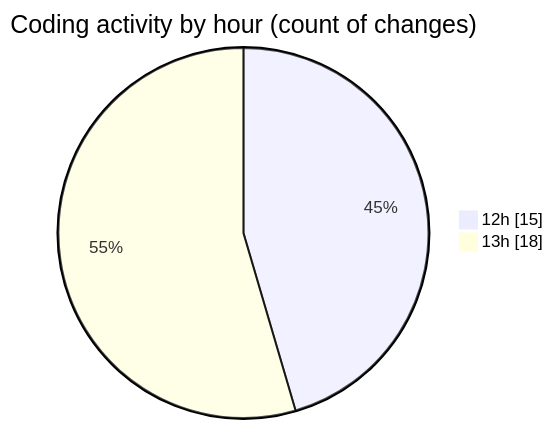
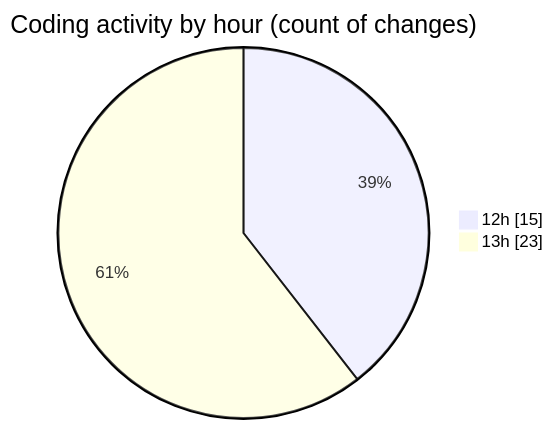
The second of 2 diagrams in 2025-03-27/wordle/README.md (donsfak/code-tracking), drawn with Mermaid before and after one commit. The commit also changed other lines of this file and 1 other file, not shown here.

````diff
--- a/2025-03-27/wordle/README.md
+++ b/2025-03-27/wordle/README.md
@@ -37,6 +38,6 @@
 ```mermaid
 pie showData
 title Coding activity by hour (count of changes)
 "12h" : 15
-"13h" : 18
+"13h" : 23
 ```
````
